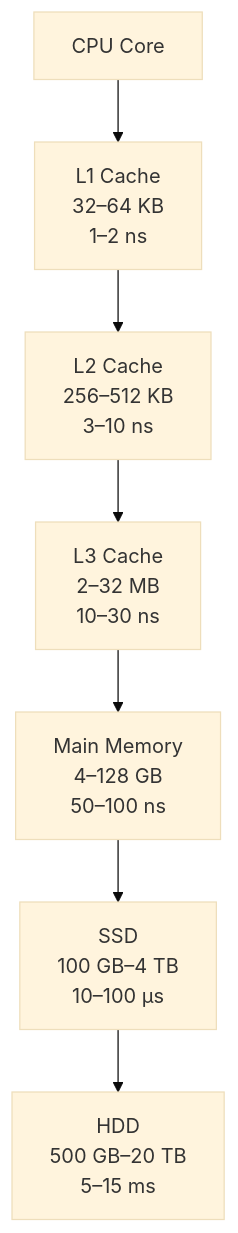
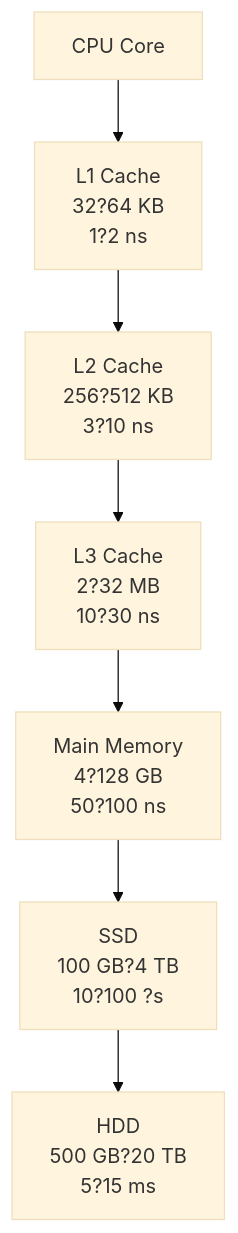
Before and after one commit to Raushan666java/ai-engineering-journey: the fourth of 4 diagrams in docs/courses/digital-logic/09-memory.md, drawn with Mermaid (base theme). The commit also changed other lines of this file and 790 other files, not shown here.

Commit message:
Sync all course diagram renders and content updates

````diff
--- a/docs/courses/digital-logic/09-memory.md
+++ b/docs/courses/digital-logic/09-memory.md
@@ -559,9 +559,9 @@
 ```mermaid
 graph TD
-    CPU[CPU Core] --> L1[L1 Cache<br>32–64 KB<br>1–2 ns]
-    L1 --> L2[L2 Cache<br>256–512 KB<br>3–10 ns]
-    L2 --> L3[L3 Cache<br>2–32 MB<br>10–30 ns]
-    L3 --> RAM[Main Memory<br>4–128 GB<br>50–100 ns]
-    RAM --> SSD[SSD<br>100 GB–4 TB<br>10–100 µs]
-    SSD --> HDD[HDD<br>500 GB–20 TB<br>5–15 ms]
+    CPU[CPU Core] --> L1[L1 Cache<br>32?64 KB<br>1?2 ns]
+    L1 --> L2[L2 Cache<br>256?512 KB<br>3?10 ns]
+    L2 --> L3[L3 Cache<br>2?32 MB<br>10?30 ns]
+    L3 --> RAM[Main Memory<br>4?128 GB<br>50?100 ns]
+    RAM --> SSD[SSD<br>100 GB?4 TB<br>10?100 ?s]
+    SSD --> HDD[HDD<br>500 GB?20 TB<br>5?15 ms]
 ```
````
